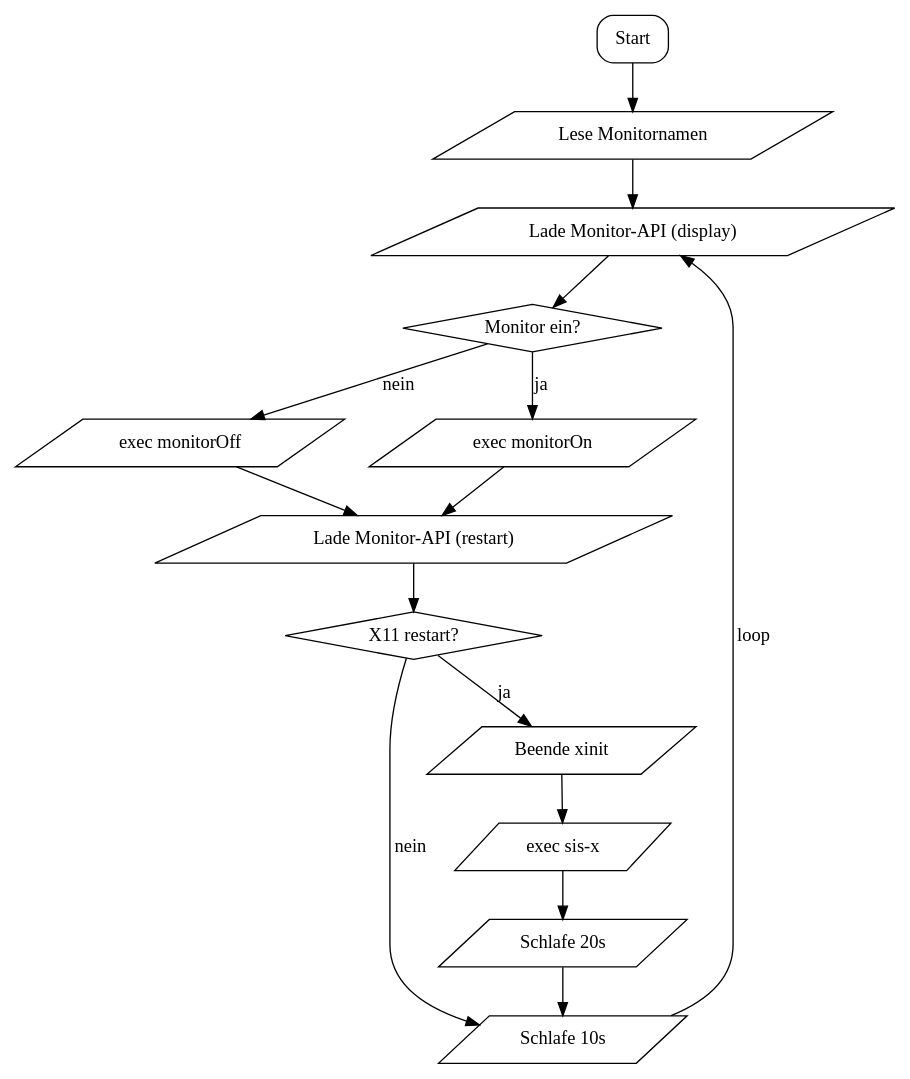
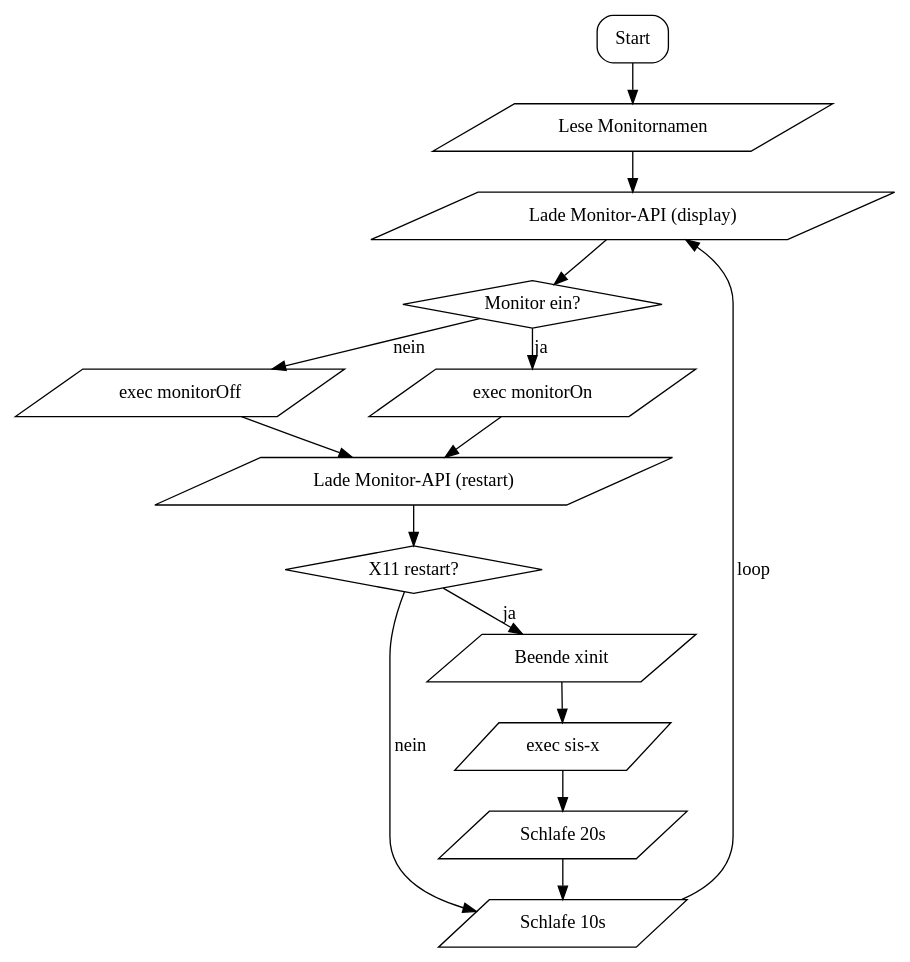
The diagram in images/flowcharts/sis-monitors.dot (SIS-Team/SIS-Doc), drawn with Graphviz before and after one commit. The commit also changed 2 other files, not shown here.

Commit message:
let's change the flowcharts

```diff
--- a/images/flowcharts/sis-monitors.dot
+++ b/images/flowcharts/sis-monitors.dot
@@ -1,27 +1,28 @@
 digraph flowchart {
 	rankdir=TB;
+	ranksep="0.02 equally";
 
 	Start[shape="box", style=rounded];
 	"Monitor ein?"[shape="diamond", style=""];
 	"X11 restart?"[shape="diamond", style=""];
 	
 	node[shape="parallelogram", style=""]
 	
 	Start -> "Lese Monitornamen";
 	"Lese Monitornamen" -> "Lade Monitor-API (display)";
 	
 	"Lade Monitor-API (display)" -> "Monitor ein?";
 	"Monitor ein?" -> "exec monitorOff"[label="nein"];
 	"Monitor ein?" -> "exec monitorOn"[label="ja"];
 	"exec monitorOff" -> "Lade Monitor-API (restart)";
 	"exec monitorOn" -> "Lade Monitor-API (restart)";
 	
 	"Lade Monitor-API (restart)" -> "X11 restart?";
 	"X11 restart?" -> "Schlafe 10s"[label="nein"];
 	"X11 restart?" -> "Beende xinit"[label="ja"];
 	"Beende xinit" -> "exec sis-x";
 	"exec sis-x" -> "Schlafe 20s";
 	"Schlafe 20s" -> "Schlafe 10s";
 	"Schlafe 10s" -> "Lade Monitor-API (display)"[label="loop"];
 	
 }
```
